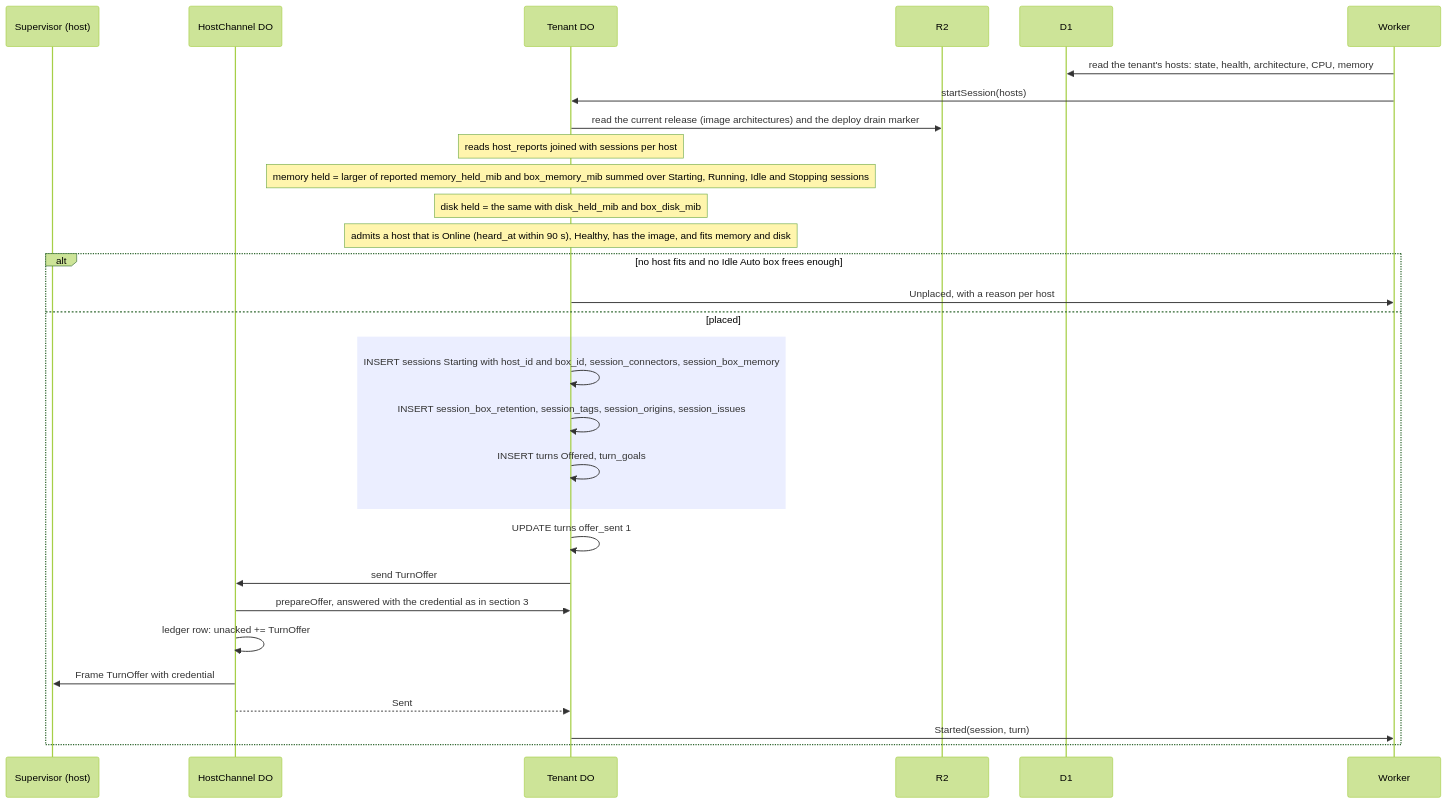
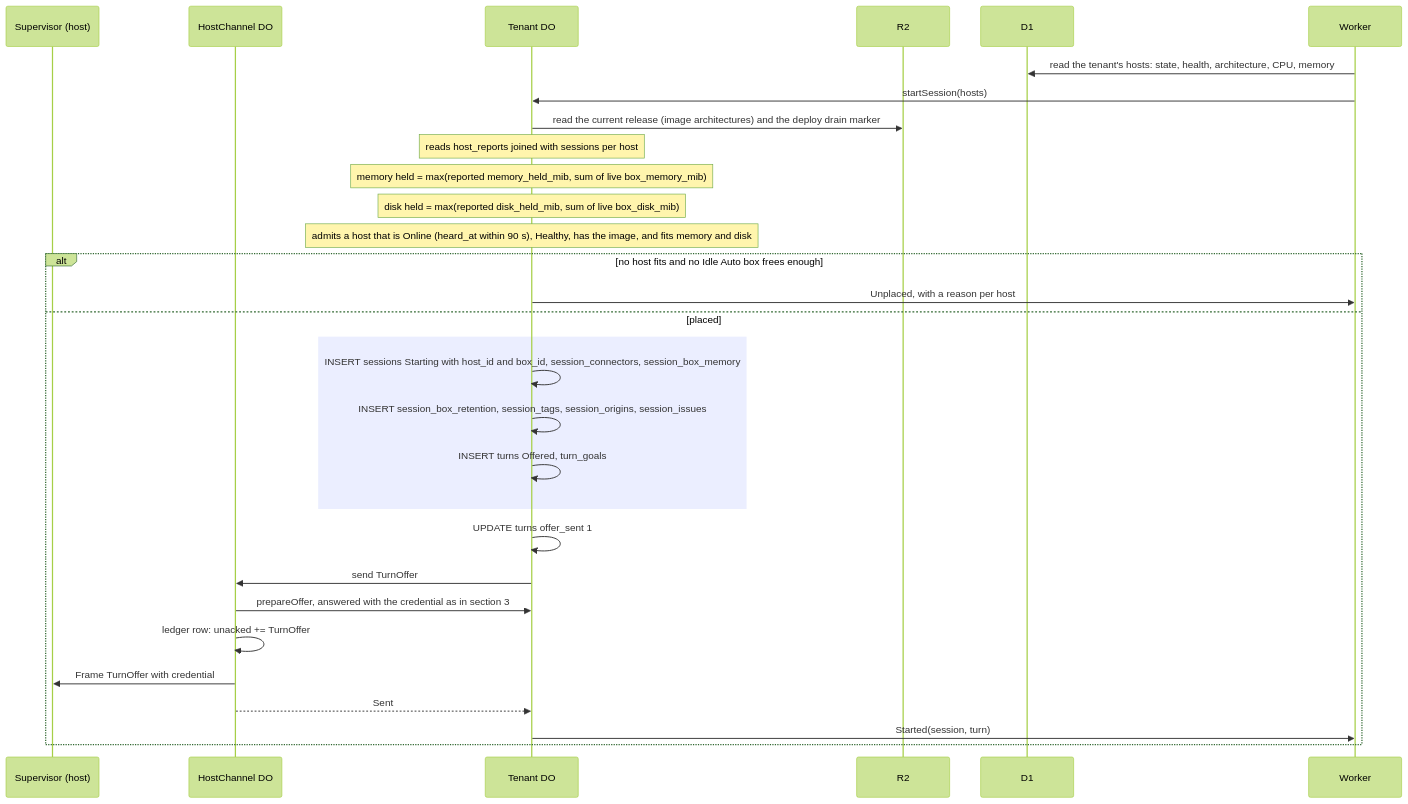
The tenth of 11 diagrams in doc/RFC/RFC-TUM-HostSequences.md (tumpel/protocol), drawn with Mermaid (forest theme) before and after one commit. The commit also changed other lines of this file, not shown here.

Commit message:
docs(rfc): correct the eviction, snapshot and hello sequences

````diff
--- a/doc/RFC/RFC-TUM-HostSequences.md
+++ b/doc/RFC/RFC-TUM-HostSequences.md
@@ -406,32 +429,32 @@
 ```mermaid
 sequenceDiagram
   participant S as Supervisor (host)
   participant H as HostChannel DO
   participant T as Tenant DO
   participant R as R2
   participant D as D1
   participant W as Worker
   W->>D: read the tenant's hosts: state, health, architecture, CPU, memory
   W->>T: startSession(hosts)
   T->>R: read the current release (image architectures) and the deploy drain marker
   Note over T: reads host_reports joined with sessions per host
-  Note over T: memory held = larger of reported memory_held_mib and box_memory_mib summed over Starting, Running, Idle and Stopping sessions
-  Note over T: disk held = the same with disk_held_mib and box_disk_mib
+  Note over T: memory held = max(reported memory_held_mib, sum of live box_memory_mib)
+  Note over T: disk held = max(reported disk_held_mib, sum of live box_disk_mib)
   Note over T: admits a host that is Online (heard_at within 90 s), Healthy, has the image, and fits memory and disk
   alt no host fits and no Idle Auto box frees enough
     T->>W: Unplaced, with a reason per host
   else placed
     rect rgba(120, 140, 255, 0.15)
       T->>T: INSERT sessions Starting with host_id and box_id, session_connectors, session_box_memory
       T->>T: INSERT session_box_retention, session_tags, session_origins, session_issues
       T->>T: INSERT turns Offered, turn_goals
     end
     T->>T: UPDATE turns offer_sent 1
     T->>H: send TurnOffer
     H->>T: prepareOffer, answered with the credential as in section 3
     H->>H: ledger row: unacked += TurnOffer
     H->>S: Frame TurnOffer with credential
     H-->>T: Sent
     T->>W: Started(session, turn)
   end
 ```
````
